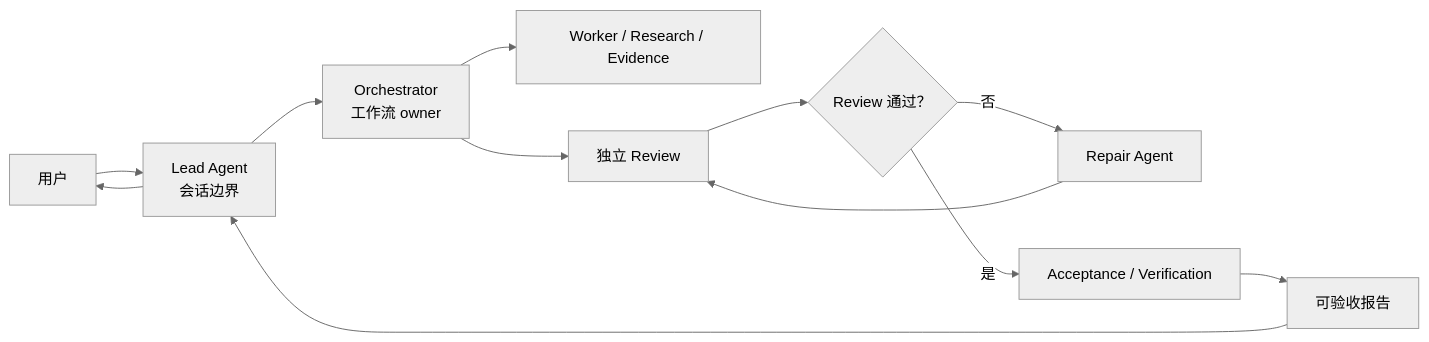
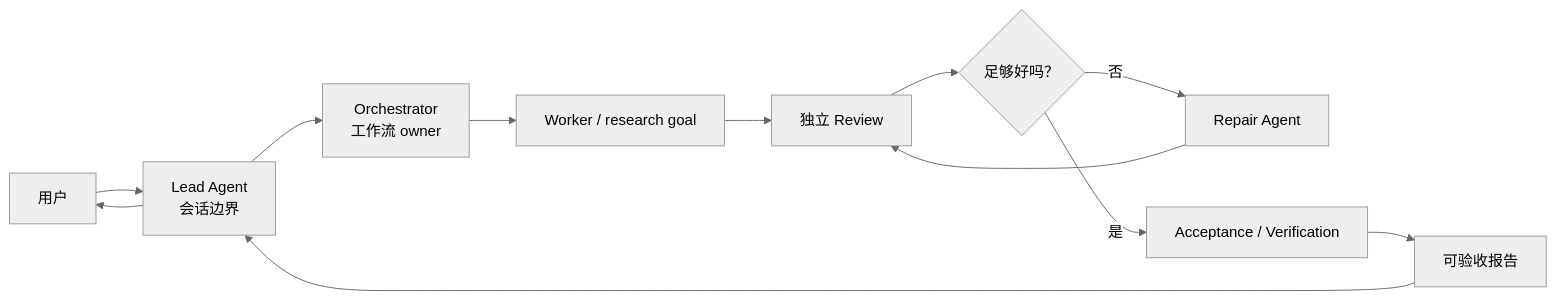
The first of 4 diagrams in README.zh-CN.md (patrick-fu/parallel-goal-workflows), drawn with Mermaid (neutral theme) before and after one commit. The commit also changed other lines of this file and 1 other file, not shown here.

First line of the commit message:
Simplify standalone workflow shape diagrams

````diff
--- a/README.zh-CN.md
+++ b/README.zh-CN.md
@@ -53,14 +57,14 @@
 ```mermaid
 flowchart LR
   User["用户"] --> Lead["Lead Agent<br/>会话边界"]
   Lead --> Orchestrator["Orchestrator<br/>工作流 owner"]
-  Orchestrator --> Workers["Worker / Research / Evidence"]
-  Orchestrator --> Review["独立 Review"]
-  Review --> Decision{"Review 通过？"}
+  Orchestrator --> Worker["Worker / research goal"]
+  Worker --> Review["独立 Review"]
+  Review --> Decision{"足够好吗？"}
   Decision -- "否" --> Repair["Repair Agent"]
   Repair --> Review
   Decision -- "是" --> Acceptance["Acceptance / Verification"]
   Acceptance --> Report["可验收报告"]
   Report --> Lead
   Lead --> User
 ```
````
